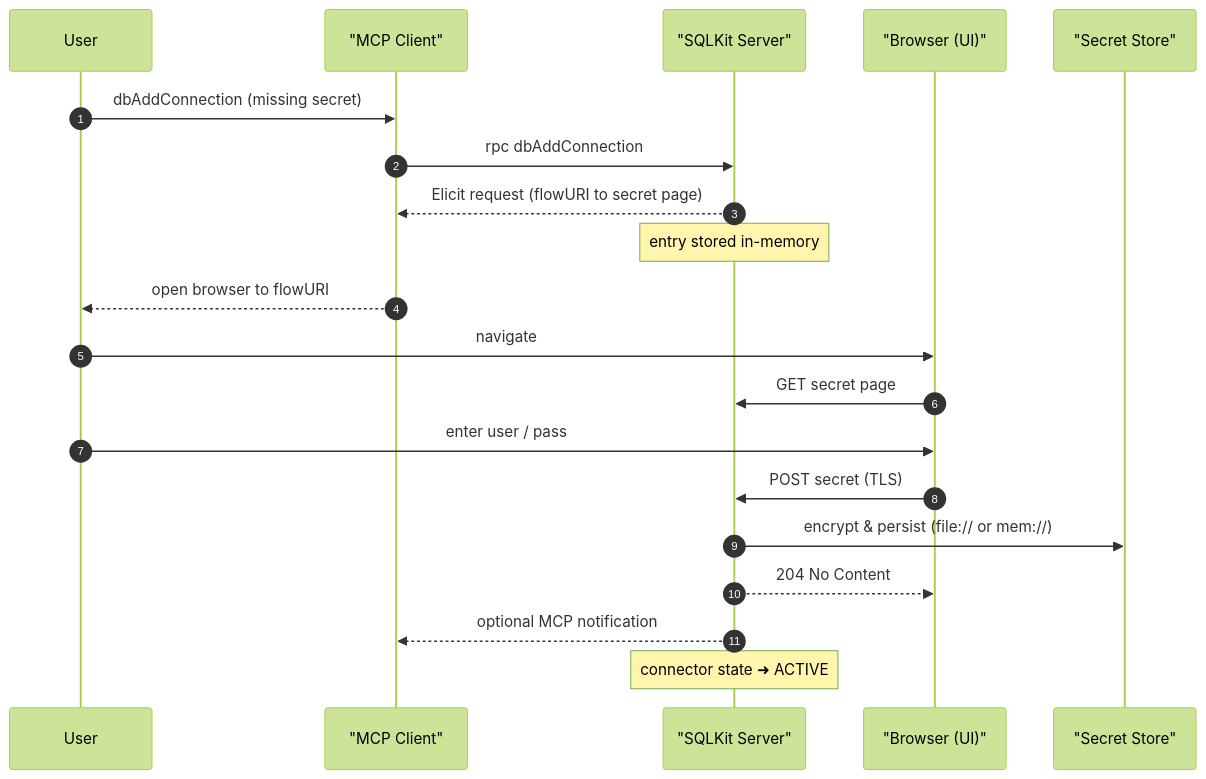
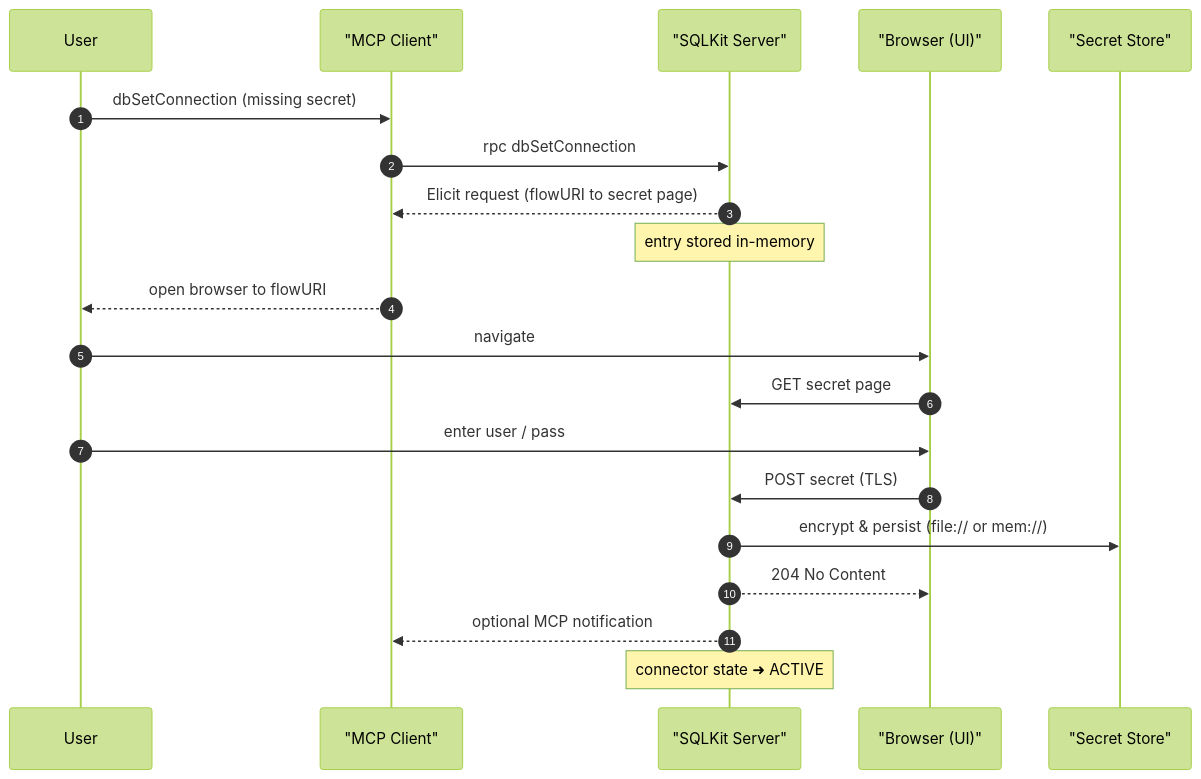
One commit to viant/mcp-sqlkit changed the first of 3 diagrams in README.md. Above: the diagram before and after it, drawn with Mermaid (forest theme). The commit also changed other lines of this file and 9 other files, not shown here.

````diff
--- a/README.md
+++ b/README.md
@@ -311,23 +310,23 @@
 ```mermaid
 sequenceDiagram
     autonumber
     participant U as User
     participant C as "MCP Client"
     participant S as "SQLKit Server"
     participant UI as "Browser (UI)"
     participant SS as "Secret Store"
 
-    U->>C: dbAddConnection (missing secret)
-    C->>S: rpc dbAddConnection
+    U->>C: dbSetConnection (missing secret)
+    C->>S: rpc dbSetConnection
     S-->>C: Elicit request (flowURI to secret page)
     note over S: entry stored in-memory
     C-->>U: open browser to flowURI
     U->>UI: navigate
     UI->>S: GET secret page
     U->>UI: enter user / pass
     UI->>S: POST secret (TLS)
     S->>SS: encrypt & persist (file:// or mem://)
     S-->>UI: 204 No Content
     S-->>C: optional MCP notification
     note over S: connector state ➜ ACTIVE
 ```
````
